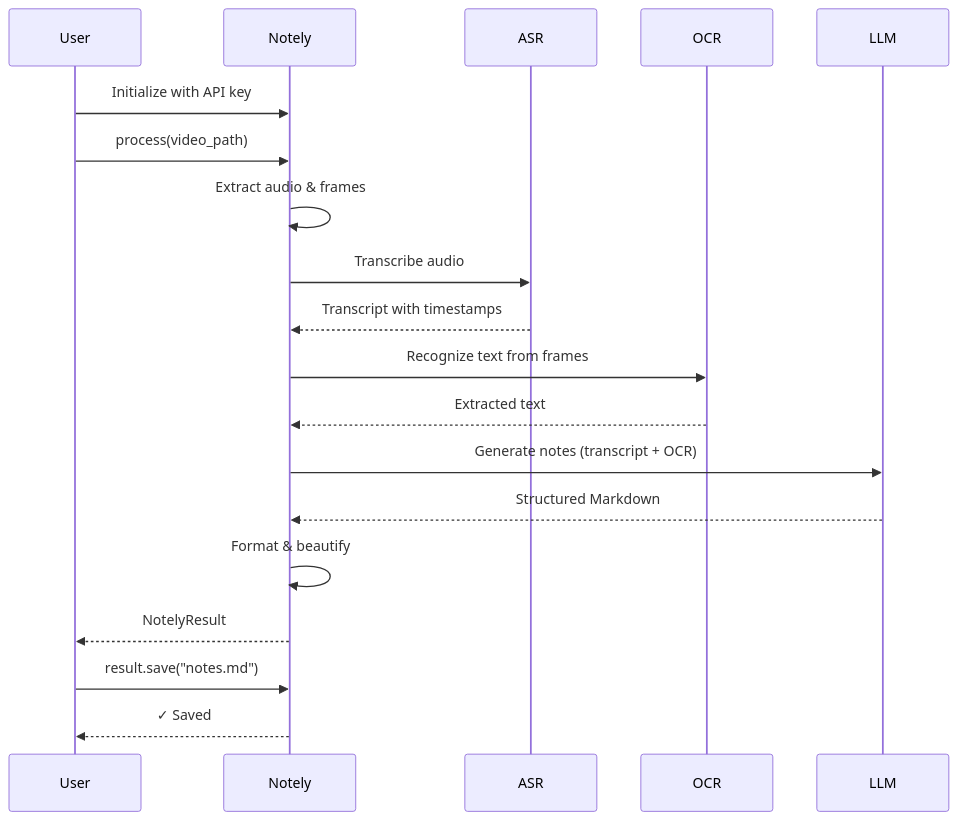
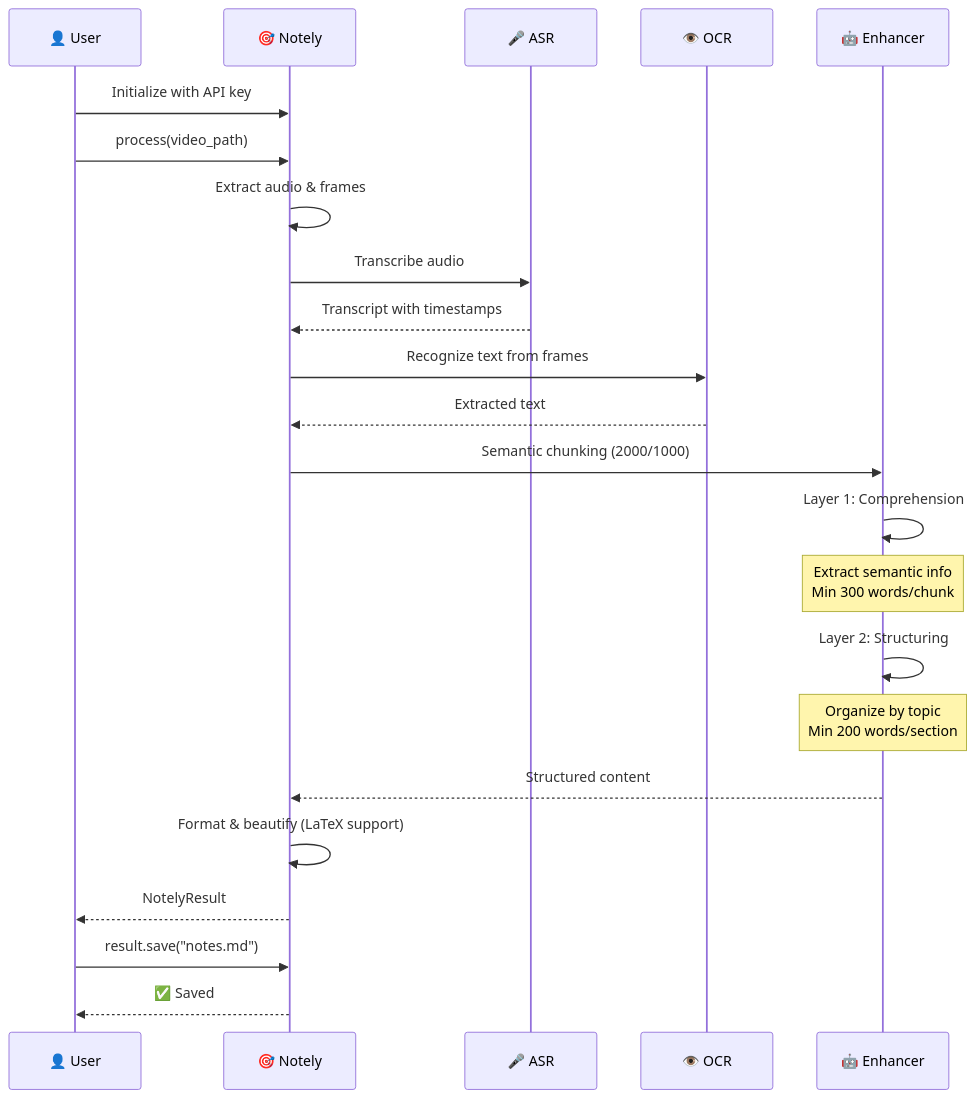
The diagram in docs/images/usage-flow.mmd (0xarcher/notely), drawn with Mermaid before and after one commit. The commit also changed 50 other files, not shown here.

First line of the commit message:
feat: optimize content generation with enhanced prompts and chunking

```diff
--- a/docs/images/usage-flow.mmd
+++ b/docs/images/usage-flow.mmd
@@ -1,26 +1,32 @@
 sequenceDiagram
-    participant User
-    participant Notely
-    participant ASR
-    participant OCR
-    participant LLM
+    participant 👤 User
+    participant 🎯 Notely
+    participant 🎤 ASR
+    participant 👁️ OCR
+    participant 🤖 Enhancer
 
-    User->>Notely: Initialize with API key
-    User->>Notely: process(video_path)
+    👤 User->>🎯 Notely: Initialize with API key
+    👤 User->>🎯 Notely: process(video_path)
 
-    Notely->>Notely: Extract audio & frames
+    🎯 Notely->>🎯 Notely: Extract audio & frames
 
-    Notely->>ASR: Transcribe audio
-    ASR-->>Notely: Transcript with timestamps
+    🎯 Notely->>🎤 ASR: Transcribe audio
+    🎤 ASR-->>🎯 Notely: Transcript with timestamps
 
-    Notely->>OCR: Recognize text from frames
-    OCR-->>Notely: Extracted text
+    🎯 Notely->>👁️ OCR: Recognize text from frames
+    👁️ OCR-->>🎯 Notely: Extracted text
 
-    Notely->>LLM: Generate notes (transcript + OCR)
-    LLM-->>Notely: Structured Markdown
+    🎯 Notely->>🤖 Enhancer: Semantic chunking (2000/1000)
+    🤖 Enhancer->>🤖 Enhancer: Layer 1: Comprehension
+    Note over 🤖 Enhancer: Extract semantic info<br/>Min 300 words/chunk
 
-    Notely->>Notely: Format & beautify
-    Notely-->>User: NotelyResult
+    🤖 Enhancer->>🤖 Enhancer: Layer 2: Structuring
+    Note over 🤖 Enhancer: Organize by topic<br/>Min 200 words/section
 
-    User->>Notely: result.save("notes.md")
-    Notely-->>User: ✓ Saved
+    🤖 Enhancer-->>🎯 Notely: Structured content
+
+    🎯 Notely->>🎯 Notely: Format & beautify (LaTeX support)
+    🎯 Notely-->>👤 User: NotelyResult
+
+    👤 User->>🎯 Notely: result.save("notes.md")
+    🎯 Notely-->>👤 User: ✅ Saved
```
